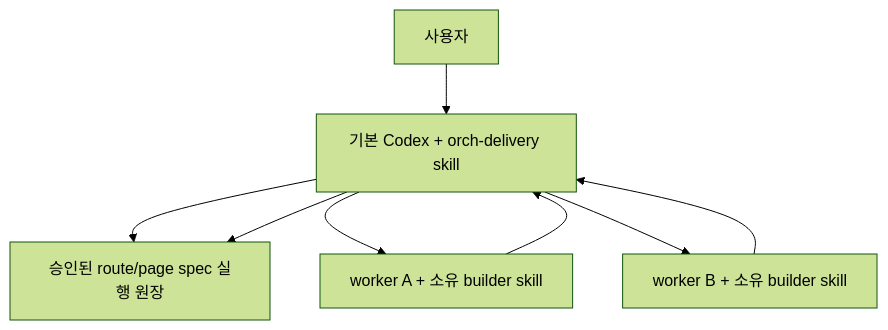
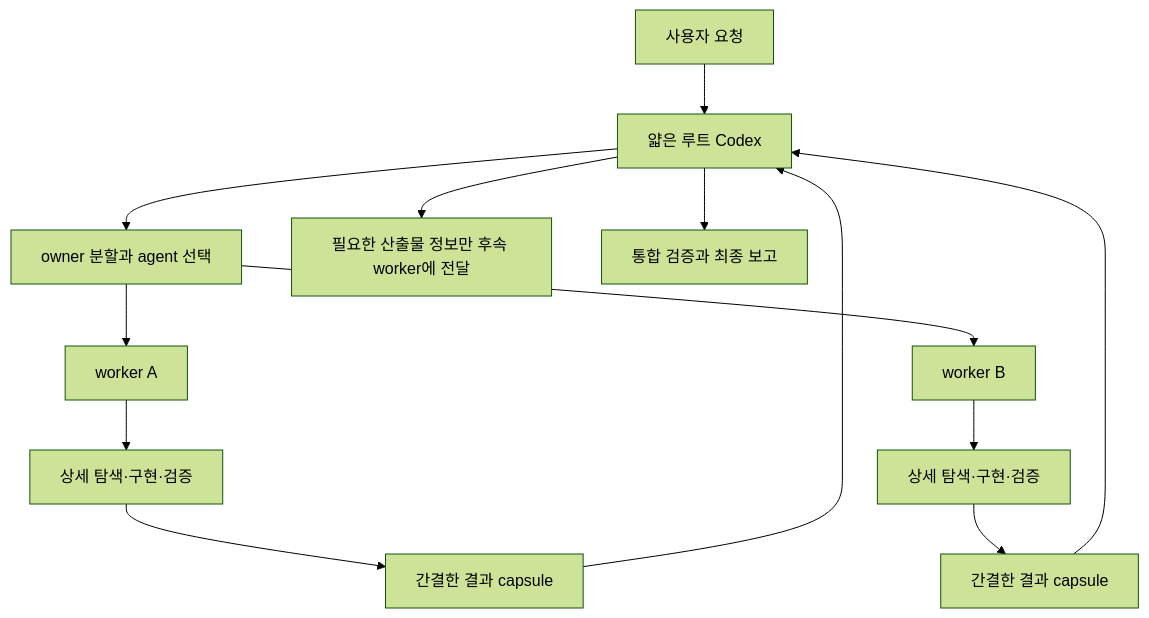
Before and after one commit to kimjoongwon/prj-core: the second of 2 diagrams in docs/orchestration-agent-relationship-flow.md, drawn with Mermaid (forest theme). The commit also changed other lines of this file and 49 other files, not shown here.

````diff
--- a/docs/orchestration-agent-relationship-flow.md
+++ b/docs/orchestration-agent-relationship-flow.md
@@ -38,10 +35,15 @@
 ```mermaid
 flowchart TD
-  U["사용자"] --> R["기본 Codex + orch-delivery skill"]
-  R --> P["승인된 route/page spec 실행 원장"]
-  R --> W1["worker A + 소유 builder skill"]
-  R --> W2["worker B + 소유 builder skill"]
-  W1 --> R
-  W2 --> R
-  R --> P
+  U["사용자 요청"] --> R["얇은 루트 Codex"]
+  R --> O["owner 분할과 agent 선택"]
+  O --> W1["worker A"]
+  O --> W2["worker B"]
+  W1 --> S1["상세 탐색·구현·검증"]
+  W2 --> S2["상세 탐색·구현·검증"]
+  S1 --> C1["간결한 결과 capsule"]
+  S2 --> C2["간결한 결과 capsule"]
+  C1 --> R
+  C2 --> R
+  R --> N["필요한 산출물 정보만 후속 worker에 전달"]
+  R --> F["통합 검증과 최종 보고"]
 ```
````
